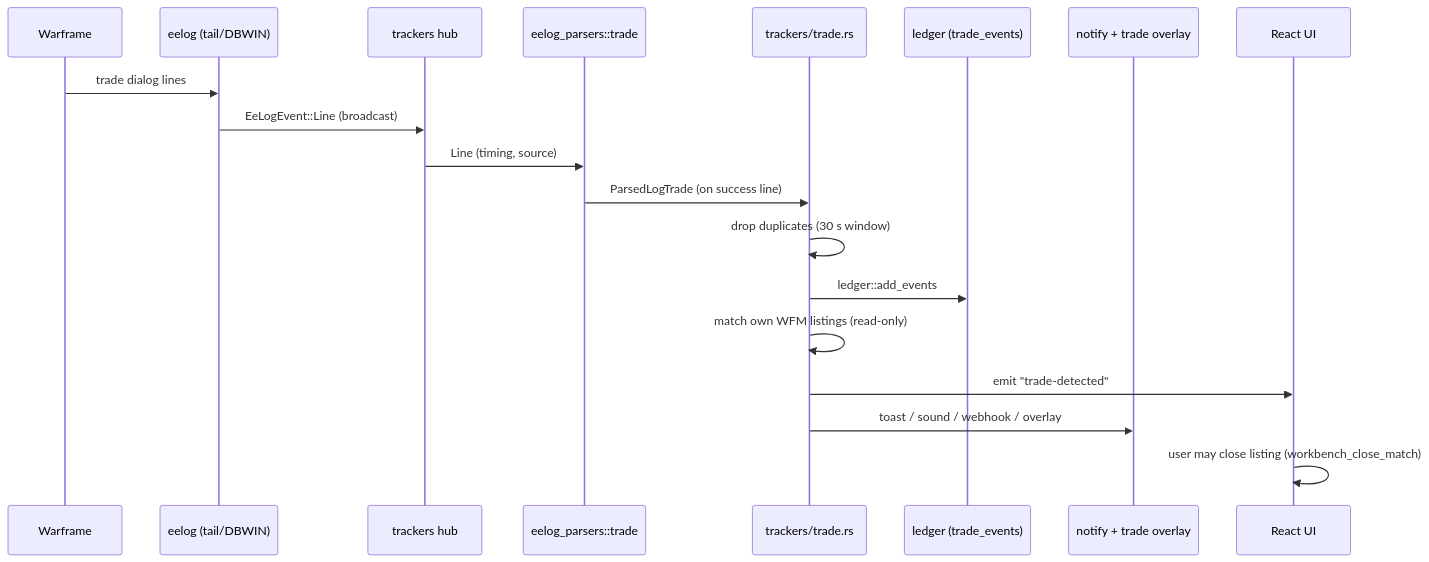
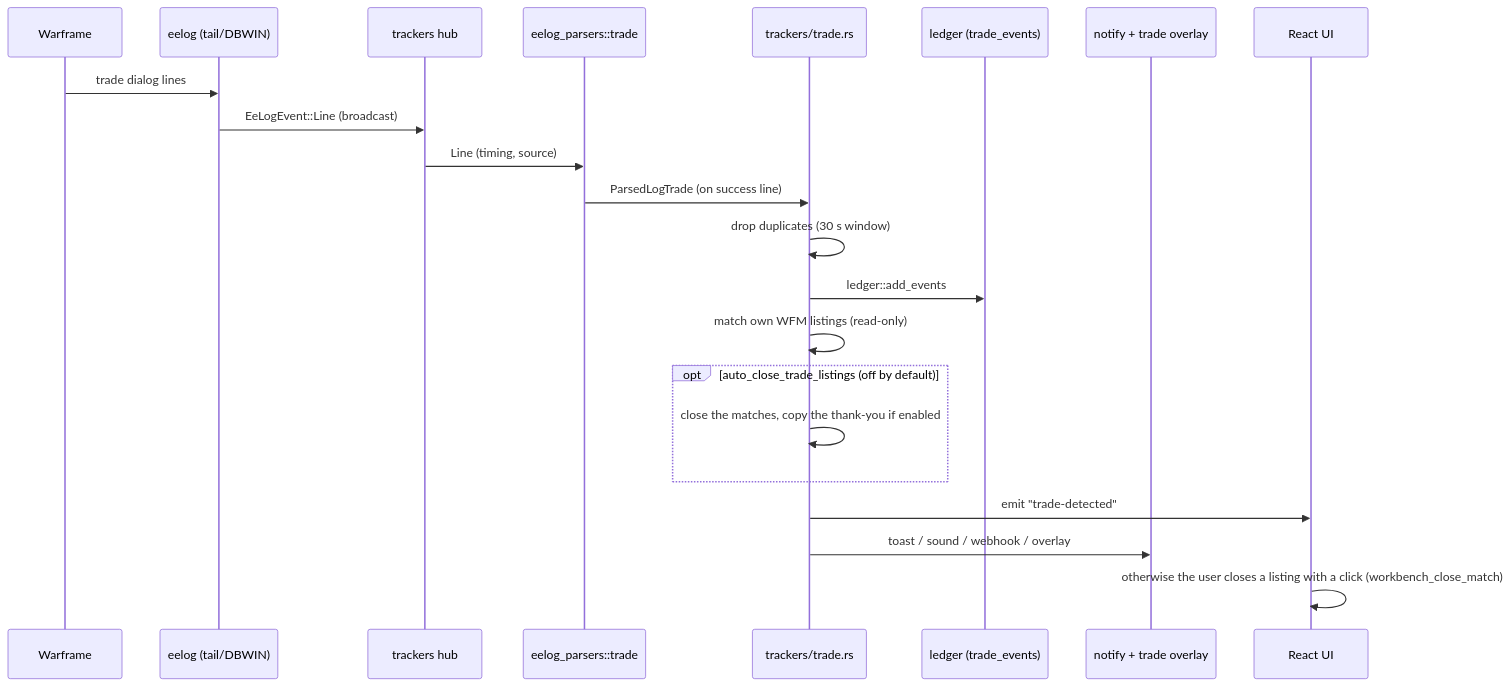
One commit to eldelahoz/CompanionFrame changed the third of 4 diagrams in docs/ARCHITECTURE.md. Above: the diagram before and after it, drawn with Mermaid. The commit also changed other lines of this file and 15 other files, not shown here.

````diff
--- a/docs/ARCHITECTURE.md
+++ b/docs/ARCHITECTURE.md
@@ -230,21 +231,24 @@
 ```mermaid
 sequenceDiagram
   participant G as Warframe
   participant E as eelog (tail/DBWIN)
   participant H as trackers hub
   participant P as eelog_parsers::trade
   participant T as trackers/trade.rs
   participant DB as ledger (trade_events)
   participant N as notify + trade overlay
   participant UI as React UI
   G->>E: trade dialog lines
   E->>H: EeLogEvent::Line (broadcast)
   H->>P: Line (timing, source)
   P->>T: ParsedLogTrade (on success line)
   T->>T: drop duplicates (30 s window)
   T->>DB: ledger::add_events
   T->>T: match own WFM listings (read-only)
+  opt auto_close_trade_listings (off by default)
+    T->>T: close the matches, copy the thank-you if enabled
+  end
   T->>UI: emit "trade-detected"
   T->>N: toast / sound / webhook / overlay
-  UI->>UI: user may close listing (workbench_close_match)
+  UI->>UI: otherwise the user closes a listing with a click (workbench_close_match)
 ```
````
